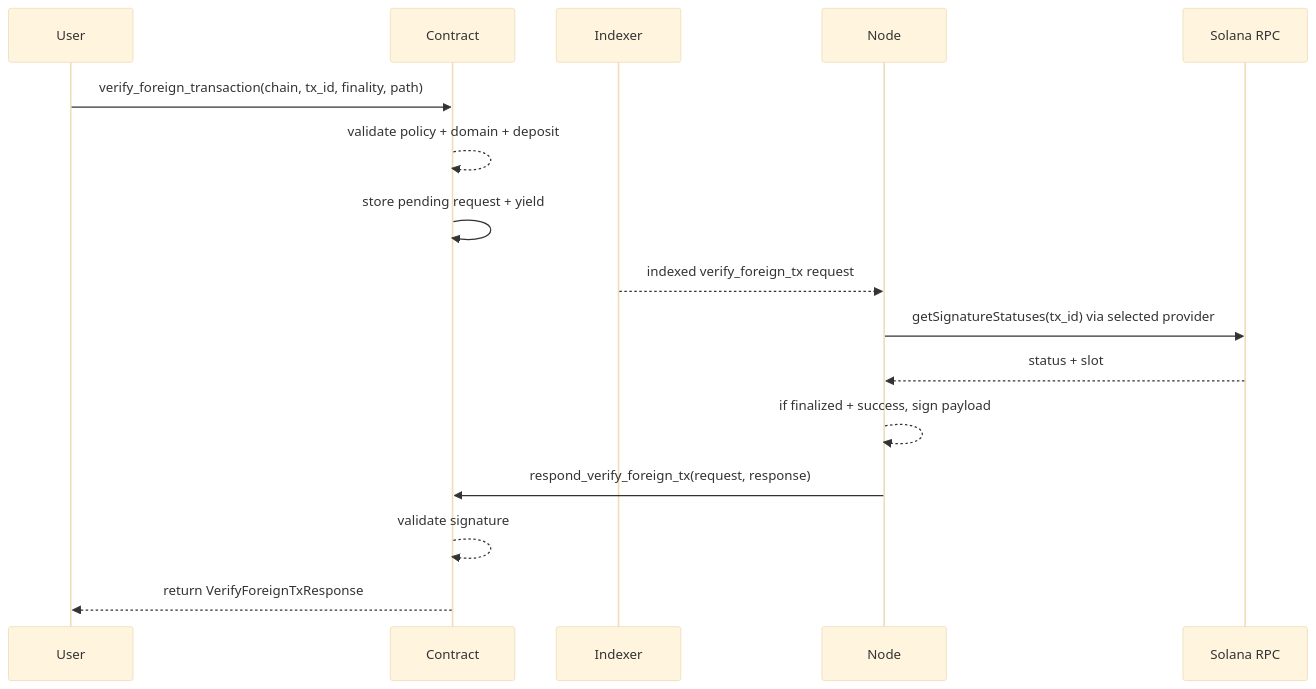
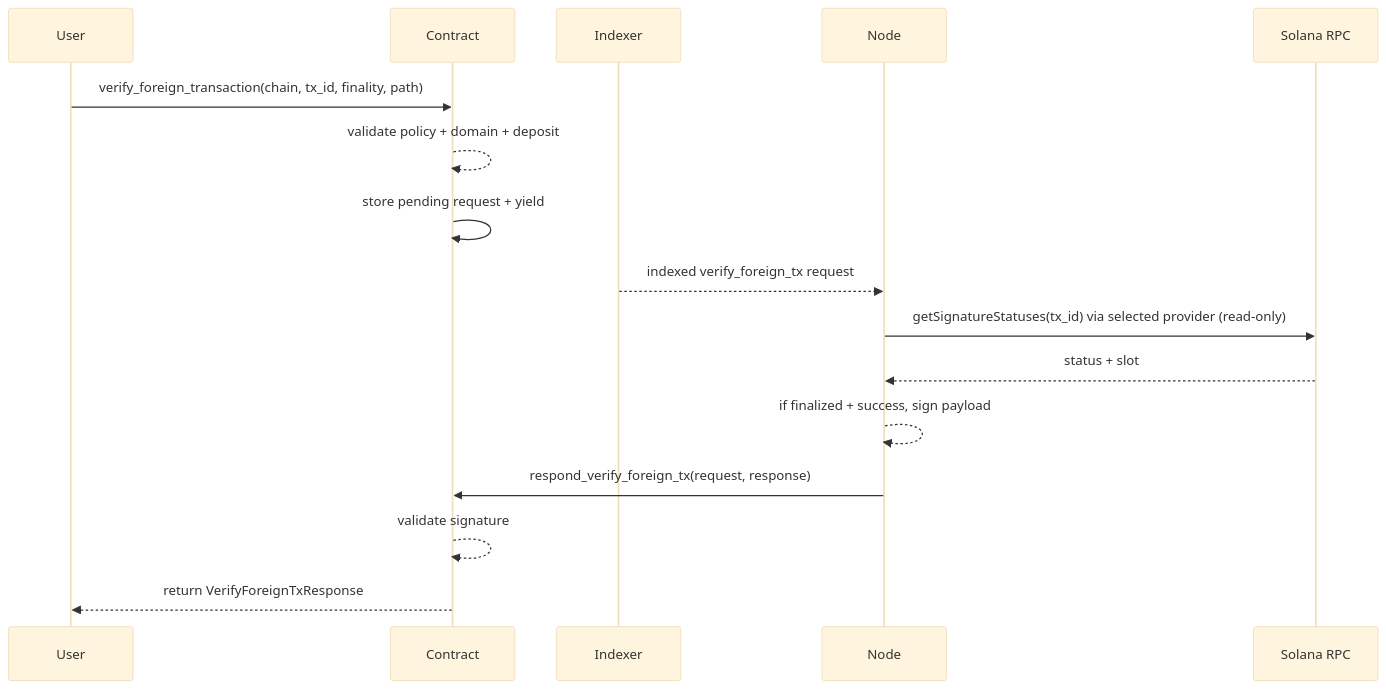
The first of 2 diagrams in docs/foreign-chain-verification.md (near/mpc), drawn with Mermaid (base theme) before and after one commit. The commit also changed other lines of this file, not shown here.

````diff
--- a/docs/foreign-chain-verification.md
+++ b/docs/foreign-chain-verification.md
@@ -160,20 +168,20 @@
 ```mermaid
 sequenceDiagram
   participant User
   participant Contract
   participant Indexer
   participant Node
   participant RPC as Solana RPC
 
   User->>Contract: verify_foreign_transaction(chain, tx_id, finality, path)
   Contract-->>Contract: validate policy + domain + deposit
   Contract->>Contract: store pending request + yield
 
   Indexer-->>Node: indexed verify_foreign_tx request
-  Node->>RPC: getSignatureStatuses(tx_id) via selected provider
+  Node->>RPC: getSignatureStatuses(tx_id) via selected provider (read-only)
   RPC-->>Node: status + slot
   Node-->>Node: if finalized + success, sign payload
   Node->>Contract: respond_verify_foreign_tx(request, response)
   Contract-->>Contract: validate signature
   Contract-->>User: return VerifyForeignTxResponse
 ```
````
